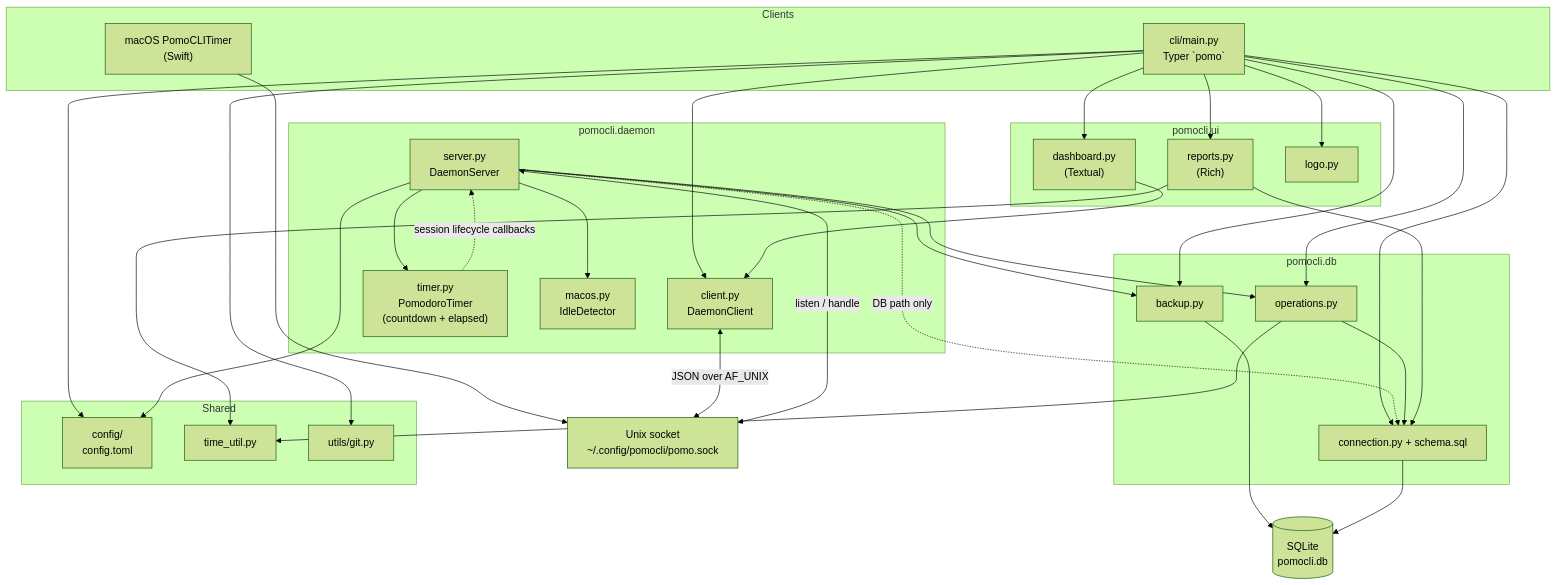
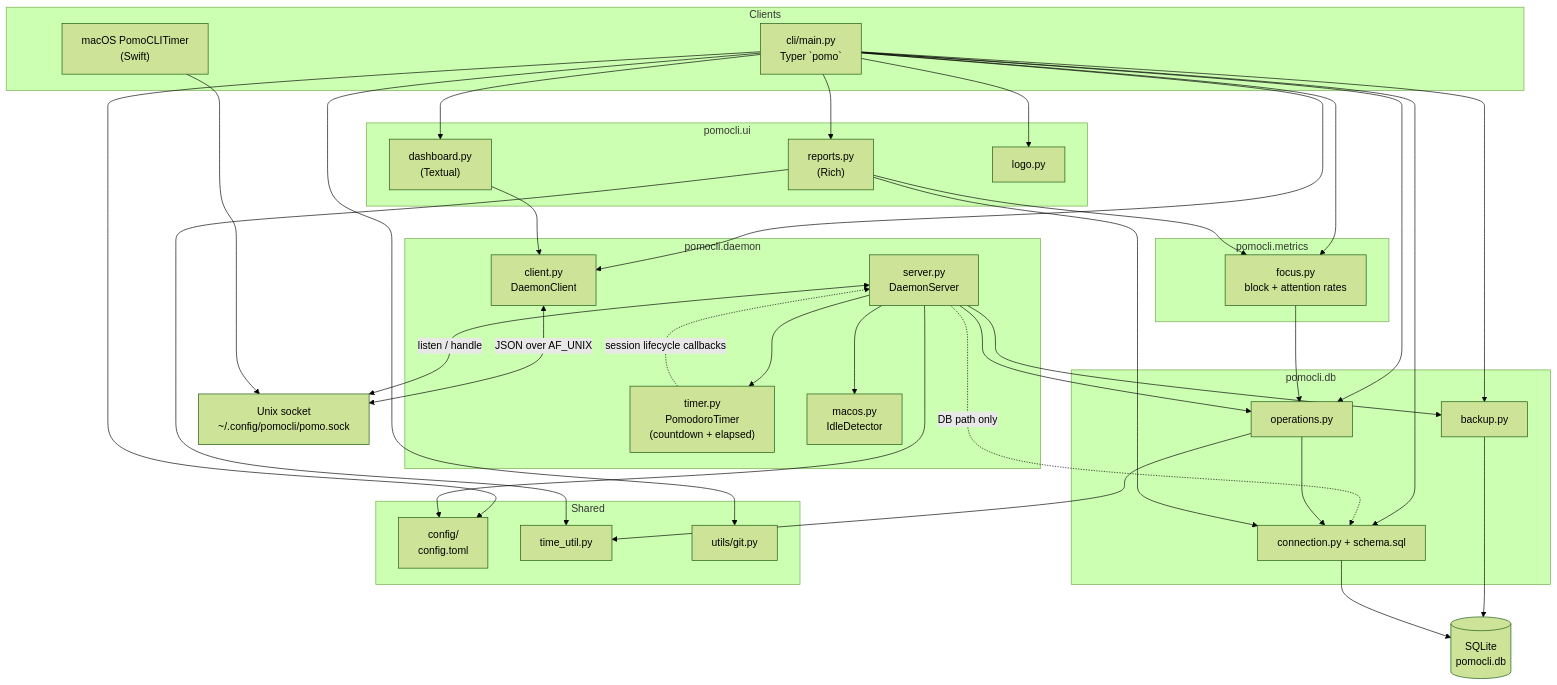
One commit to EmadGohariTR/PomoCLI-time-tracker changed the diagram in README.md. Above: the diagram before and after it, drawn with Mermaid (forest theme). The commit also changed other lines of this file and 3 other files, not shown here.

First line of the commit message:
docs: README, DEVELOPERS, and CLI help for complete and metrics

````diff
--- a/README.md
+++ b/README.md
@@ -213,67 +217,74 @@
 ```mermaid
 flowchart TB
   subgraph clients["Clients"]
     CLI["cli/main.py<br/>Typer `pomo`"]
     SwiftApp["macOS PomoCLITimer<br/>(Swift)"]
   end
 
   subgraph daemon_pkg["pomocli.daemon"]
     PyClient["client.py<br/>DaemonClient"]
     Server["server.py<br/>DaemonServer"]
     Timer["timer.py<br/>PomodoroTimer<br/>(countdown + elapsed)"]
     Idle["macos.py<br/>IdleDetector"]
   end
 
   subgraph ui_pkg["pomocli.ui"]
     Dash["dashboard.py<br/>(Textual)"]
     Reports["reports.py<br/>(Rich)"]
     Logo["logo.py"]
+  end
+
+  subgraph metrics_pkg["pomocli.metrics"]
+    FocusM["focus.py<br/>block + attention rates"]
   end
 
   subgraph data_pkg["pomocli.db"]
     Conn["connection.py + schema.sql"]
     Ops["operations.py"]
     Backup["backup.py"]
   end
 
   subgraph shared["Shared"]
     Config["config/<br/>config.toml"]
     TimeUtil["time_util.py"]
     Git["utils/git.py"]
   end
 
   Sock["Unix socket<br/>~/.config/pomocli/pomo.sock"]
   SQLite[("SQLite<br/>pomocli.db")]
 
   CLI --> PyClient
   CLI --> Ops
   CLI --> Conn
   CLI --> Backup
   CLI --> Config
   CLI --> Git
   CLI --> Reports
   CLI --> Dash
   CLI --> Logo
+  CLI --> FocusM
 
   Dash --> PyClient
 
   SwiftApp --> Sock
 
   PyClient <-->|JSON over AF_UNIX| Sock
   Server <-->|listen / handle| Sock
   Server --> Timer
   Server --> Ops
   Server --> Backup
   Server --> Config
   Server --> Idle
   Server -.->|DB path only| Conn
 
   Ops --> Conn
   Ops --> TimeUtil
   Reports --> Conn
   Reports --> TimeUtil
+  Reports --> FocusM
+  FocusM --> Ops
   Backup --> SQLite
   Conn --> SQLite
 
   Timer -.->|session lifecycle callbacks| Server
 ```
````
